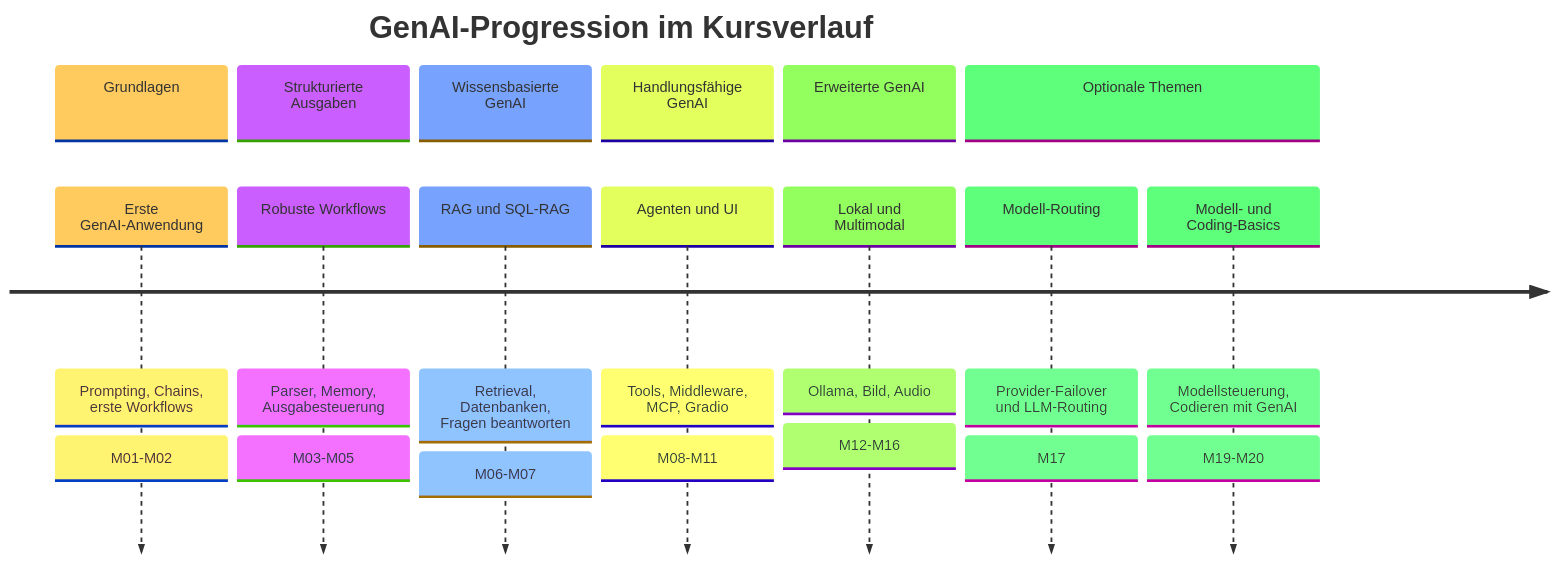
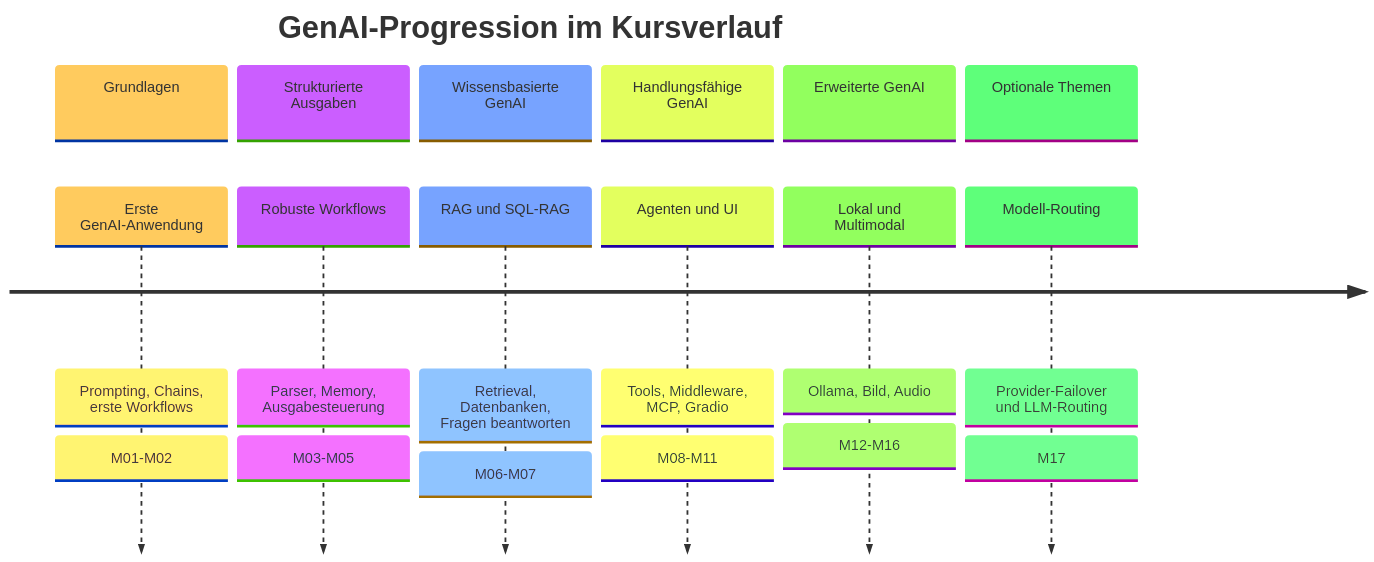
Before and after one commit to ralf-42/GenAI: the diagram in docs/02-orientierung/kursueberblick.md, drawn with Mermaid. The commit also changed other lines of this file and 8 other files, not shown here.

````diff
--- a/docs/02-orientierung/kursueberblick.md
+++ b/docs/02-orientierung/kursueberblick.md
@@ -69,35 +69,33 @@
 ```mermaid
 %%{init: {
   'theme': 'base',
   'themeVariables': {
     'timelineLineColor': '#2e7d32',
     'sectionBkgColor': '#c8e6c9',
     'sectionTextColor': '#1b5e20',
     'containerBkgColor': '#f9f9f9',
     'taskBkgColor': '#e8f5e9',
     'taskTextColor': '#1b5e20'
   }
 }}%%
 timeline
     title GenAI-Progression im Kursverlauf
     section Grundlagen
         Erste GenAI-Anwendung : Prompting, Chains, erste Workflows
                               : M01-M02
     section Strukturierte Ausgaben
         Robuste Workflows     : Parser, Memory, Ausgabesteuerung
                               : M03-M05
     section Wissensbasierte GenAI
         RAG und SQL-RAG       : Retrieval, Datenbanken, Fragen beantworten
                               : M06-M07
     section Handlungsfähige GenAI
         Agenten und UI        : Tools, Middleware, MCP, Gradio
                               : M08-M11
     section Erweiterte GenAI
         Lokal und Multimodal  : Ollama, Bild, Audio
                               : M12-M16
     section Optionale Themen
         Modell-Routing        : Provider-Failover und LLM-Routing
                               : M17
-        Modell- und Coding-Basics : Modellsteuerung, Codieren mit GenAI
-                                  : M19-M20
 ```
````
